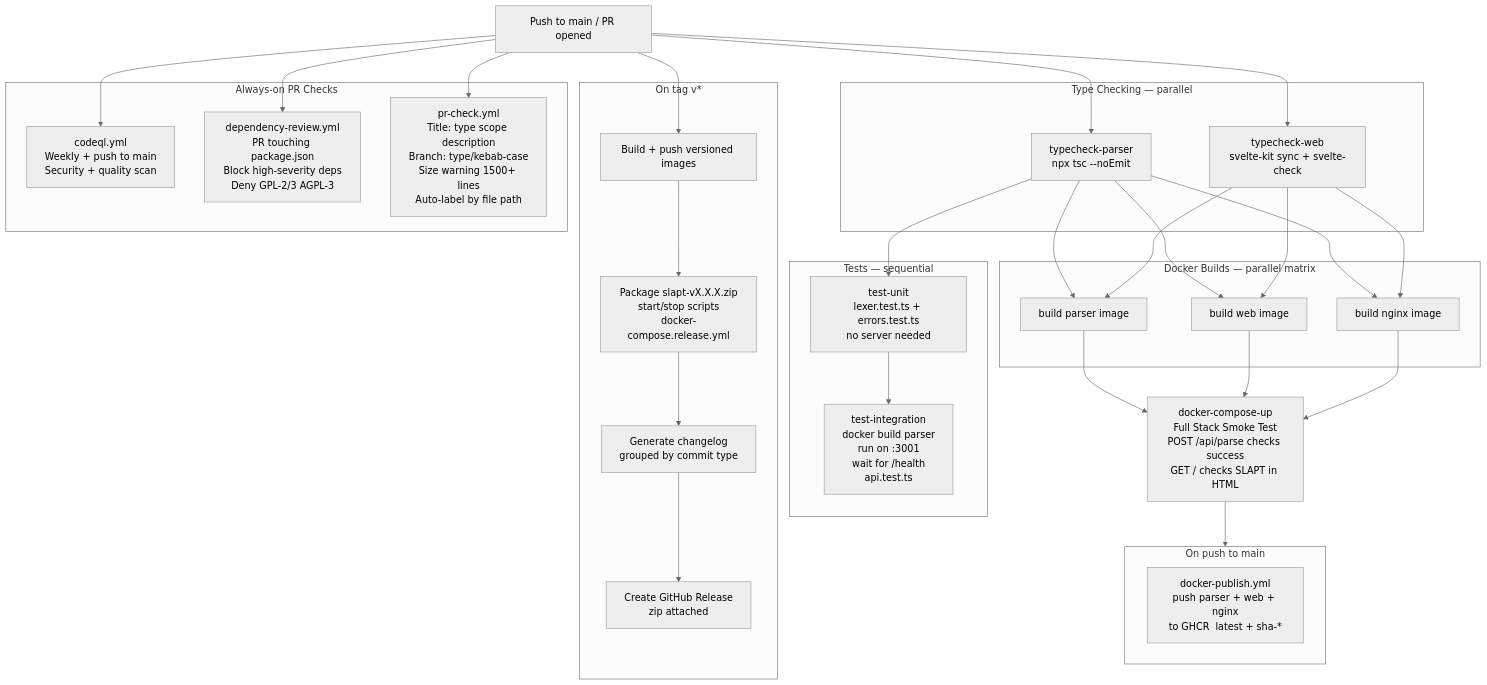
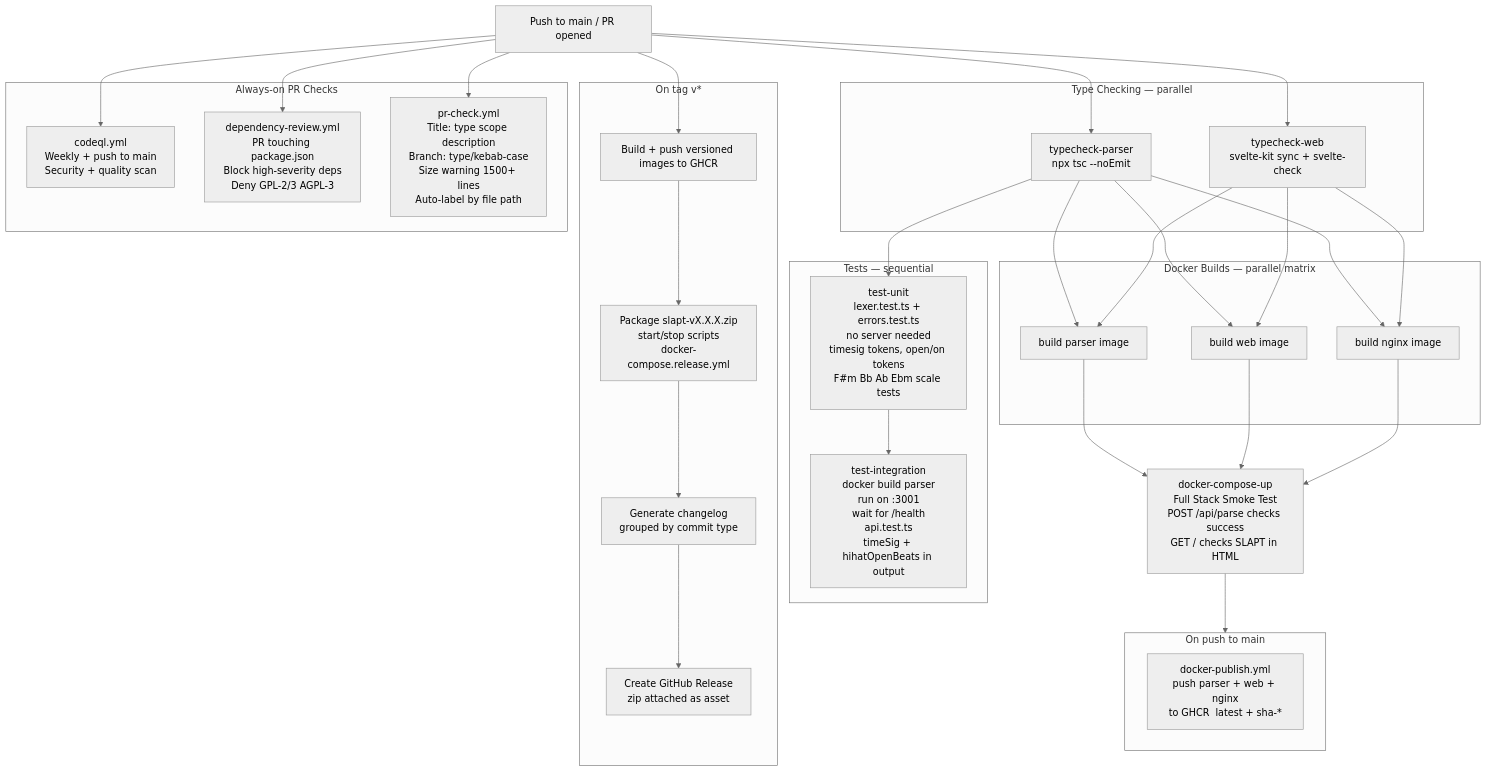
Before and after one commit to souvik03-136/SLAPT: the ninth of 9 diagrams in docs/DOCUMENTATION.md, drawn with Mermaid (neutral theme). The commit also changed other lines of this file and 2 other files, not shown here.

````diff
--- a/docs/DOCUMENTATION.md
+++ b/docs/DOCUMENTATION.md
@@ -292,48 +335,48 @@
 ```mermaid
 flowchart TD
     PUSH["Push to main / PR opened"]
 
     subgraph TYPECHECK["Type Checking — parallel"]
         TC1["typecheck-parser\nnpx tsc --noEmit"]
         TC2["typecheck-web\nsvelte-kit sync + svelte-check"]
     end
 
     subgraph TESTS["Tests — sequential"]
-        TU["test-unit\nlexer.test.ts + errors.test.ts\nno server needed"]
-        TI["test-integration\ndocker build parser\nrun on :3001\nwait for /health\napi.test.ts"]
+        TU["test-unit\nlexer.test.ts + errors.test.ts\nno server needed\ntimesig tokens, open/on tokens\nF#m Bb Ab Ebm scale tests"]
+        TI["test-integration\ndocker build parser\nrun on :3001\nwait for /health\napi.test.ts\ntimeSig + hihatOpenBeats in output"]
     end
 
     subgraph DOCKERBUILD["Docker Builds — parallel matrix"]
         DB1["build parser image"]
         DB2["build web image"]
         DB3["build nginx image"]
     end
 
     SMOKE["docker-compose-up\nFull Stack Smoke Test\nPOST /api/parse checks success\nGET / checks SLAPT in HTML"]
 
     PUSH --> TC1 & TC2
     TC1 --> TU --> TI
     TC1 & TC2 --> DB1 & DB2 & DB3
     DB1 & DB2 & DB3 --> SMOKE
 
     subgraph PUBLISH["On push to main"]
         PUB["docker-publish.yml\npush parser + web + nginx\nto GHCR  latest + sha-*"]
     end
 
     subgraph RELEASE["On tag v*"]
-        REL1["Build + push versioned images"]
+        REL1["Build + push versioned images to GHCR"]
         REL2["Package slapt-vX.X.X.zip\nstart/stop scripts\ndocker-compose.release.yml"]
         REL3["Generate changelog\ngrouped by commit type"]
-        REL4["Create GitHub Release\nzip attached"]
+        REL4["Create GitHub Release\nzip attached as asset"]
     end
 
     subgraph GUARDS["Always-on PR Checks"]
         CQ["codeql.yml\nWeekly + push to main\nSecurity + quality scan"]
         DR["dependency-review.yml\nPR touching package.json\nBlock high-severity deps\nDeny GPL-2/3 AGPL-3"]
         PRC["pr-check.yml\nTitle: type scope description\nBranch: type/kebab-case\nSize warning 1500+ lines\nAuto-label by file path"]
     end
 
     SMOKE --> PUBLISH
     PUSH --> REL1 --> REL2 --> REL3 --> REL4
     PUSH --> CQ & DR & PRC
 ```
````
